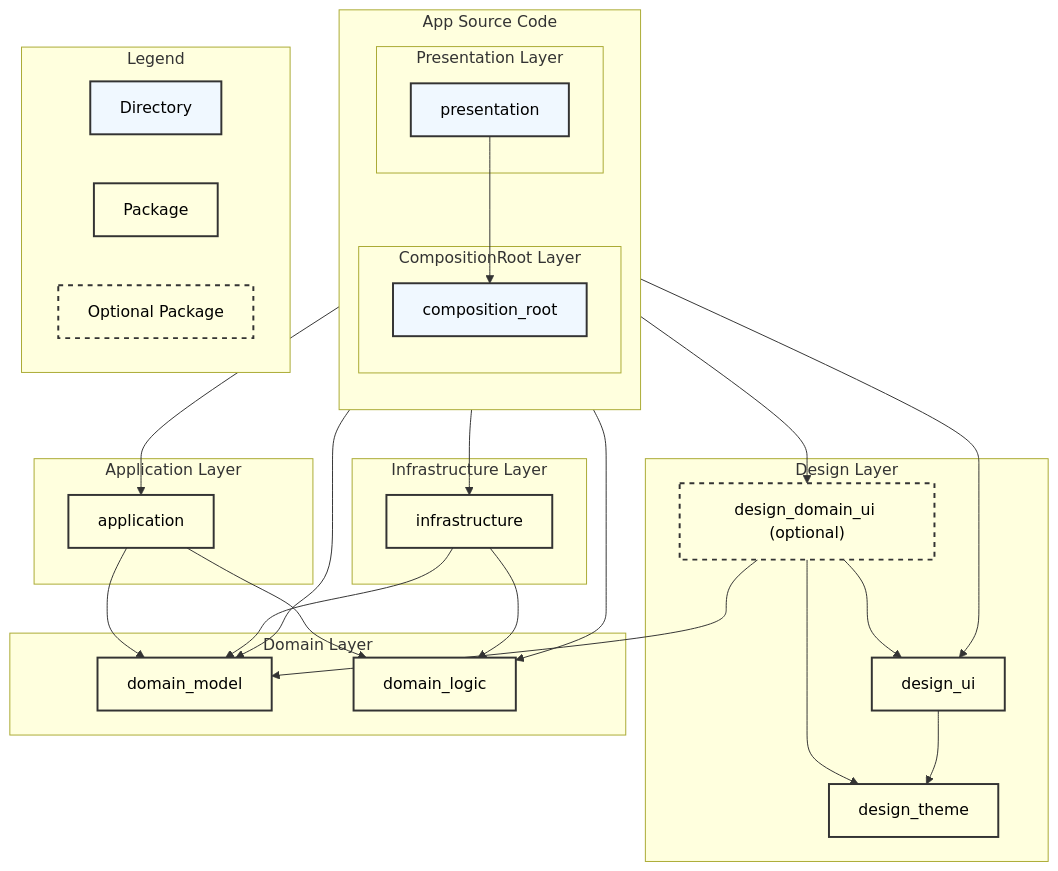
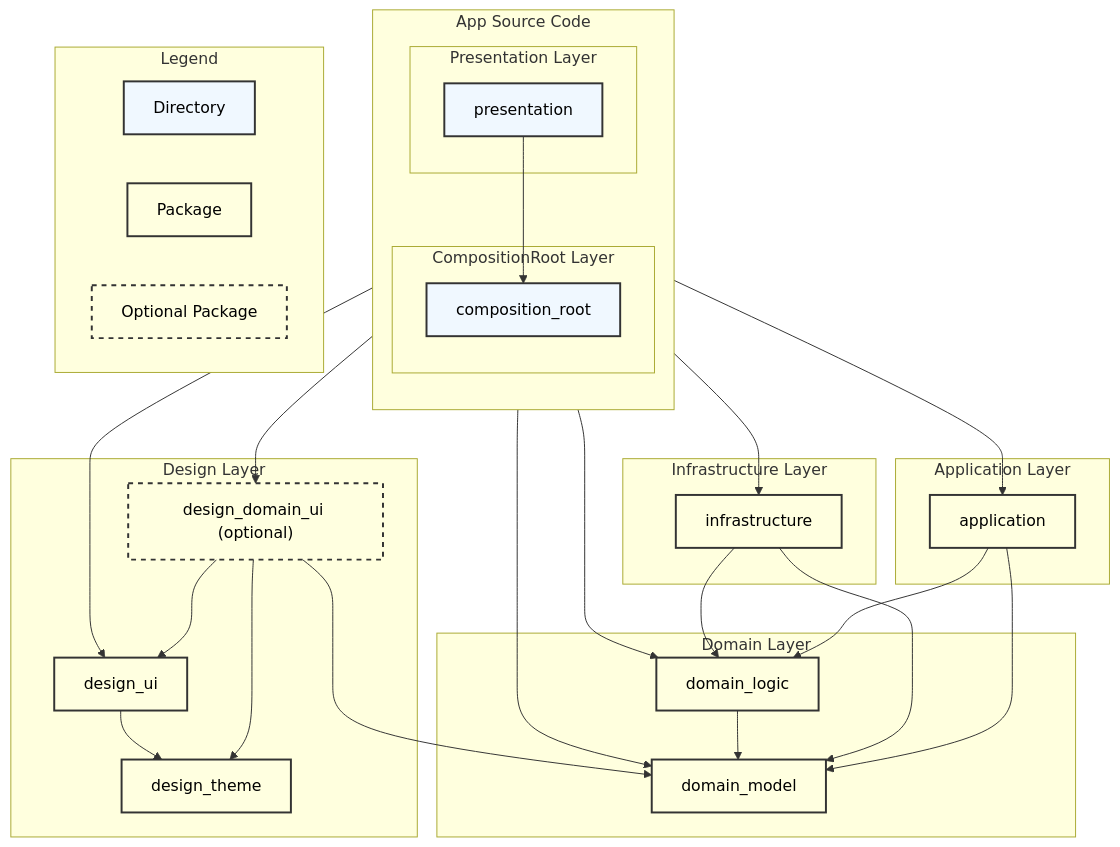
The diagram in docs/ARCHITECTURE.md (yumemi-inc/flutter-mobile-project-template), drawn with Mermaid before and after one commit.

Commit message:
docs(architecture): domain_logic が domain_model に依存していることを記載

```diff
--- a/docs/ARCHITECTURE.md
+++ b/docs/ARCHITECTURE.md
@@ -102,6 +102,8 @@
 
   design_ui --> design_theme
 
+  domain_logic --> domain_model
+
   %% Legend
   subgraph "Legend"
     dir_legend[Directory]
```
